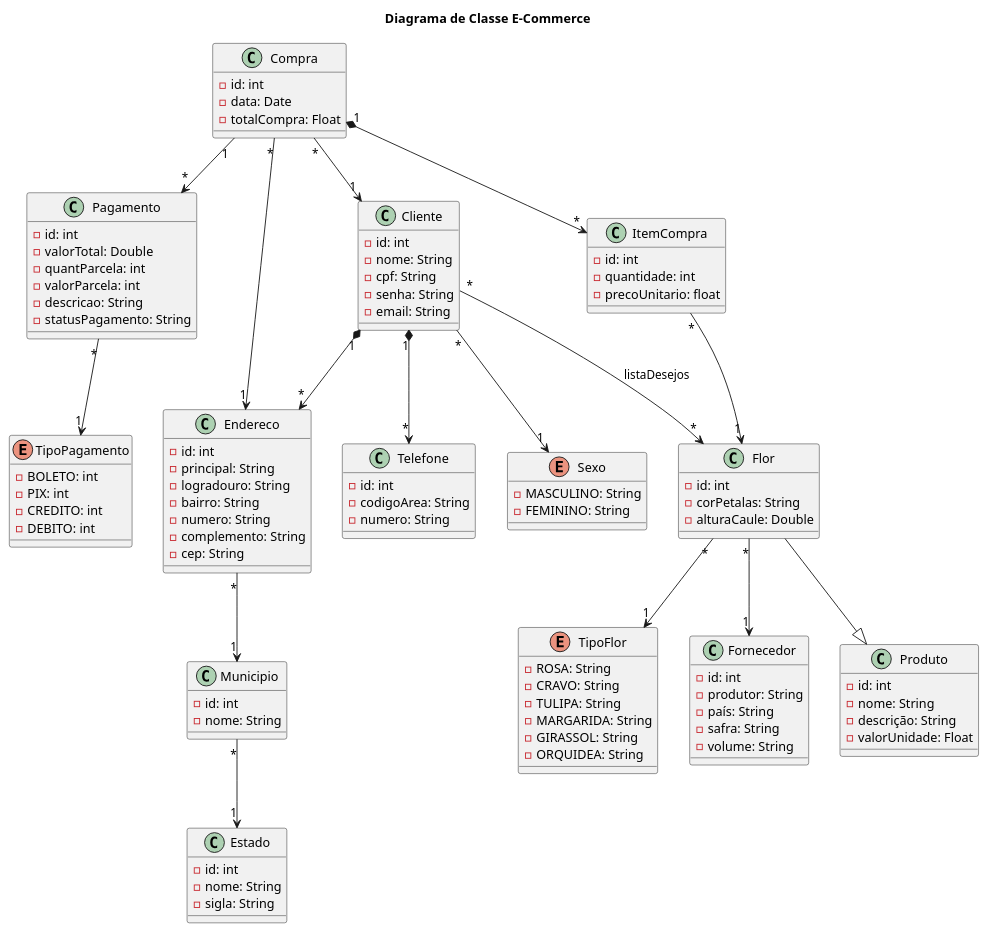
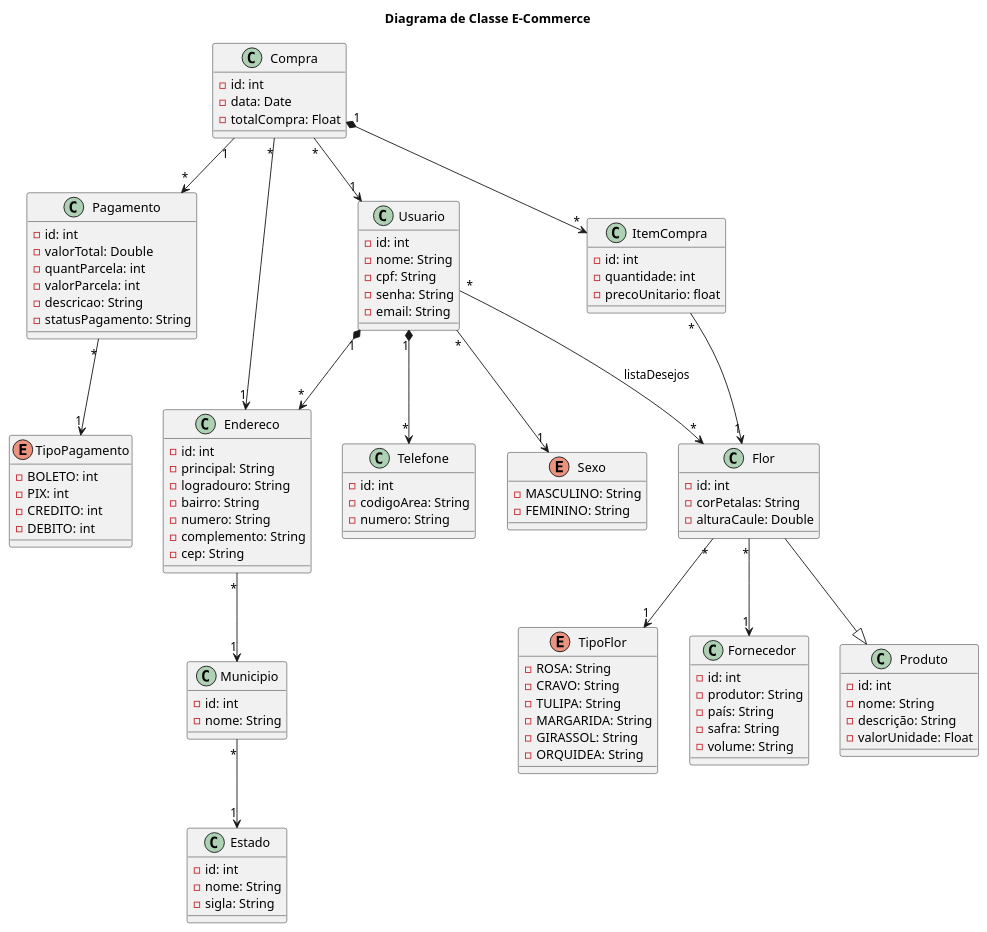
The diagram in diagramaUML.plantuml (luahr13/ecommerce-floriculturaT2), drawn with PlantUML before and after one commit. The commit also changed 32 other files, not shown here.

Commit message:
change Cliente to Usuario

```diff
--- a/diagramaUML.plantuml
+++ b/diagramaUML.plantuml
@@ -1,132 +1,132 @@
 @startuml ecommerc
 title Diagrama de Classe E-Commerce
 
 Class Compra{
     - id: int
     - data: Date
     - totalCompra: Float
 }
 
 Class Pagamento{
     - id: int
     - valorTotal: Double
     - quantParcela: int
     - valorParcela: int
     - descricao: String
     - statusPagamento: String
 }
 
 Class Endereco{
     - id: int
     - principal: String
     - logradouro: String
     - bairro: String
     - numero: String
     - complemento: String
     - cep: String
 }
 
-Class Cliente{
+Class Usuario{
     - id: int
     - nome: String
     - cpf: String
     - senha: String
     - email: String
 }
 
 enum Sexo{
     - MASCULINO: String
     - FEMININO: String
 }
 
 class Produto{
     - id: int
     - nome: String
     - descrição: String
     - valorUnidade: Float
 }
 
 class Flor{
     - id: int
     - corPetalas: String
     - alturaCaule: Double
 }
 
 enum TipoFlor{
     - ROSA: String
     - CRAVO: String
     - TULIPA: String
     - MARGARIDA: String
     - GIRASSOL: String
     - ORQUIDEA: String
 }
 
 Class Fornecedor{
     - id: int
     - produtor: String
     - país: String
     - safra: String
     - volume: String
 }
 
 enum TipoPagamento{
     - BOLETO: int
     - PIX: int
     - CREDITO: int
     - DEBITO: int
 }
 
 Class ItemCompra{
     - id: int
     - quantidade: int
     - precoUnitario: float
 }
 
 Class Telefone{
     - id: int
     - codigoArea: String
     - numero: String
 }
 
 Class Estado{
     - id: int
     - nome: String
     - sigla: String
 }
 
 Class Municipio{
     - id: int
     - nome: String
 }
 
 Flor --|> Produto
 
 Compra "1"  *--> "*" ItemCompra
 
-Cliente "1"  *--> "*" Endereco
+Usuario "1"  *--> "*" Endereco
 
 Compra "*"  --> "1" Endereco
 
 ItemCompra "*" --> "1" Flor
 
 Compra "1" --> "*" Pagamento
 
-Compra  "*" --> "1" Cliente
+Compra  "*" --> "1" Usuario
 
-Cliente "1" *--> "*" Telefone
+Usuario "1" *--> "*" Telefone
 
-Cliente "*" --> "*" Flor: listaDesejos
+Usuario "*" --> "*" Flor: listaDesejos
 
 Flor "*" --> "1" Fornecedor
 
 Flor "*" --> "1" TipoFlor
 
 Pagamento "*" --> "1" TipoPagamento
 
 Municipio "*" --> "1" Estado
 
 Endereco "*" --> "1" Municipio
 
-Cliente "*" --> "1" Sexo
+Usuario "*" --> "1" Sexo
 
 @enduml
```
